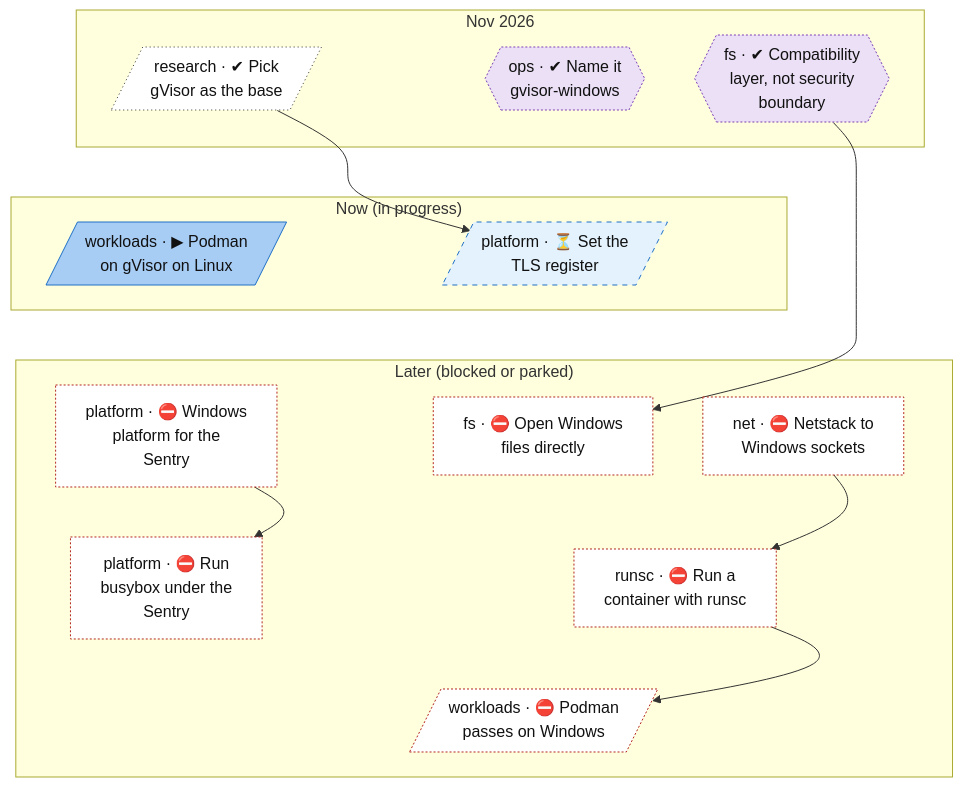
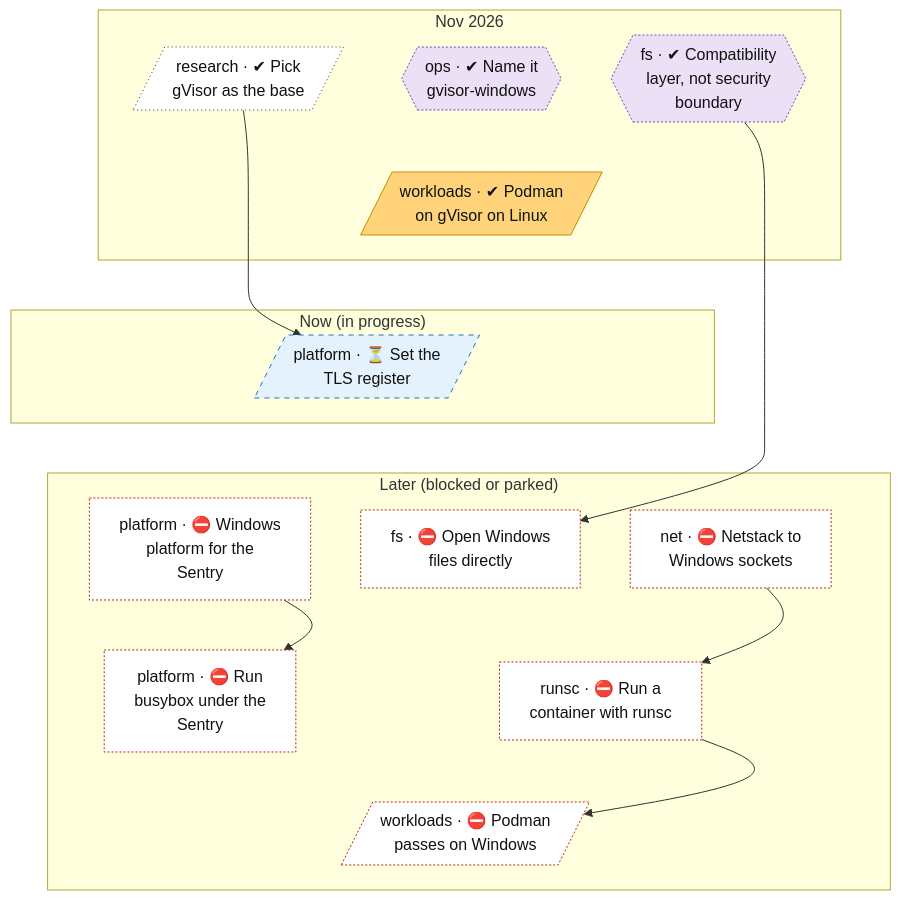
One commit to lhns/gvisor-windows changed the second of 2 diagrams in docs/roadmap.md. Above: the diagram before and after it, drawn with Mermaid. The commit also changed other lines of this file and 6 other files, not shown here.

````diff
--- a/docs/roadmap.md
+++ b/docs/roadmap.md
@@ -100,55 +100,56 @@
 ```mermaid
 flowchart TB
     subgraph bd_0["Nov 2026"]
         research_gvisor_base[/"research · ✔ Pick<br/>gVisor as the base"/]
         ops_name_and_fork{{"ops · ✔ Name it<br/>gvisor-windows"}}
         fs_compat_layer_not_boundary{{"fs · ✔ Compatibility<br/>layer, not security<br/>boundary"}}
+        workloads_podman_on_gvisor_linux[/"workloads · ✔ Podman<br/>on gVisor on Linux"/]
     end
     subgraph bd_1["Now (in progress)"]
-        workloads_podman_on_gvisor_linux[/"workloads · ▶ Podman<br/>on gVisor on Linux"/]
         platform_tls_register[/"platform · ⏳ Set the<br/>TLS register"/]
     end
     subgraph bd_2["Later (blocked or parked)"]
         platform_winstub["platform · ⛔ Windows<br/>platform for the<br/>Sentry"]
         fs_windows_directfs["fs · ⛔ Open Windows<br/>files directly"]
         net_netstack_windows_link["net · ⛔ Netstack to<br/>Windows sockets"]
         platform_busybox_on_windows["platform · ⛔ Run<br/>busybox under the<br/>Sentry"]
         runsc_container_on_windows["runsc · ⛔ Run a<br/>container with runsc"]
         workloads_podman_on_windows[/"workloads · ⛔ Podman<br/>passes on Windows"/]
     end
     research_gvisor_base ~~~ workloads_podman_on_gvisor_linux
-    ops_name_and_fork ~~~ platform_tls_register
-    fs_compat_layer_not_boundary ~~~ platform_tls_register
-    workloads_podman_on_gvisor_linux ~~~ platform_winstub
+    ops_name_and_fork ~~~ workloads_podman_on_gvisor_linux
+    fs_compat_layer_not_boundary ~~~ workloads_podman_on_gvisor_linux
+    workloads_podman_on_gvisor_linux ~~~ platform_tls_register
+    platform_tls_register ~~~ platform_winstub
     platform_tls_register ~~~ fs_windows_directfs
     platform_tls_register ~~~ net_netstack_windows_link
     platform_winstub ~~~ platform_busybox_on_windows
     fs_windows_directfs ~~~ runsc_container_on_windows
     net_netstack_windows_link ~~~ runsc_container_on_windows
     platform_busybox_on_windows ~~~ workloads_podman_on_windows
     runsc_container_on_windows ~~~ workloads_podman_on_windows
     research_gvisor_base --> platform_tls_register
     fs_compat_layer_not_boundary --> fs_windows_directfs
     platform_winstub --> platform_busybox_on_windows
     net_netstack_windows_link --> runsc_container_on_windows
     runsc_container_on_windows --> workloads_podman_on_windows
     classDef vsucc fill:#2e9e4f,stroke:#1b6b34,color:#fff
     classDef succ fill:#bfe8c8,stroke:#2e9e4f,color:#111
     classDef mixed fill:#ffd37a,stroke:#c98a00,color:#111
     classDef bad fill:#f28b82,stroke:#b3261e,color:#111
     classDef dead fill:#e6e6e6,stroke:#777,stroke-dasharray:5 5,color:#555
     classDef inprog fill:#a8cdf5,stroke:#1f6fc5,color:#111
     classDef next fill:#fff,stroke:#333,color:#111
     classDef blocked fill:#fff,stroke:#b3261e,stroke-dasharray:2 2,color:#111
     classDef parked fill:#f3f3f3,stroke:#999,color:#555
     classDef unrated fill:#fff,stroke:#333,stroke-dasharray:1 3,color:#111
     classDef gate fill:#d9c2f0,stroke:#7b3fb5,color:#111
     classDef decided fill:#ece0f7,stroke:#7b3fb5,stroke-dasharray:2 2,color:#111
     classDef finding fill:#ffe0b2,stroke:#d84315,stroke-width:2px,color:#111
     classDef waiting fill:#e3f2fd,stroke:#1f6fc5,stroke-dasharray:5 5,color:#111
     class research_gvisor_base unrated
     class ops_name_and_fork,fs_compat_layer_not_boundary decided
-    class workloads_podman_on_gvisor_linux inprog
+    class workloads_podman_on_gvisor_linux mixed
     class platform_tls_register waiting
     class workloads_podman_on_windows,runsc_container_on_windows,platform_winstub,platform_busybox_on_windows,fs_windows_directfs,net_netstack_windows_link blocked
 ```
````
